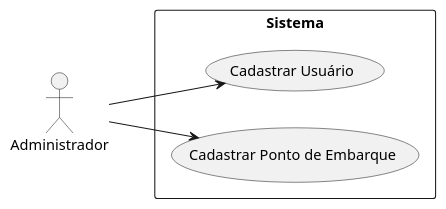
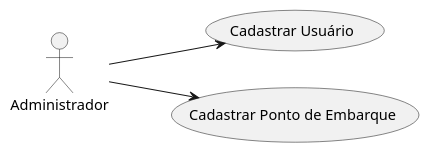
Before and after one commit to viniciusdias2902/modelagem_uml: the diagram in Diagrama_Administrador.puml, drawn with PlantUML. The commit also changed 9 other files, not shown here.

Commit message:
Adição das fotos dos diagramas de caso de uso

```diff
--- a/Diagrama_Administrador.puml
+++ b/Diagrama_Administrador.puml
@@ -1,14 +1,12 @@
 @startuml
 left to right direction
 
 actor "Administrador" as Administrador
 
-rectangle Sistema {
-    usecase "Cadastrar Usuário" as UC01
-    usecase "Cadastrar Ponto de Embarque" as UC13
-}
+usecase "Cadastrar Usuário" as UC01
+usecase "Cadastrar Ponto de Embarque" as UC13
 
 Administrador --> UC01
 Administrador --> UC13
 
 @enduml
```
